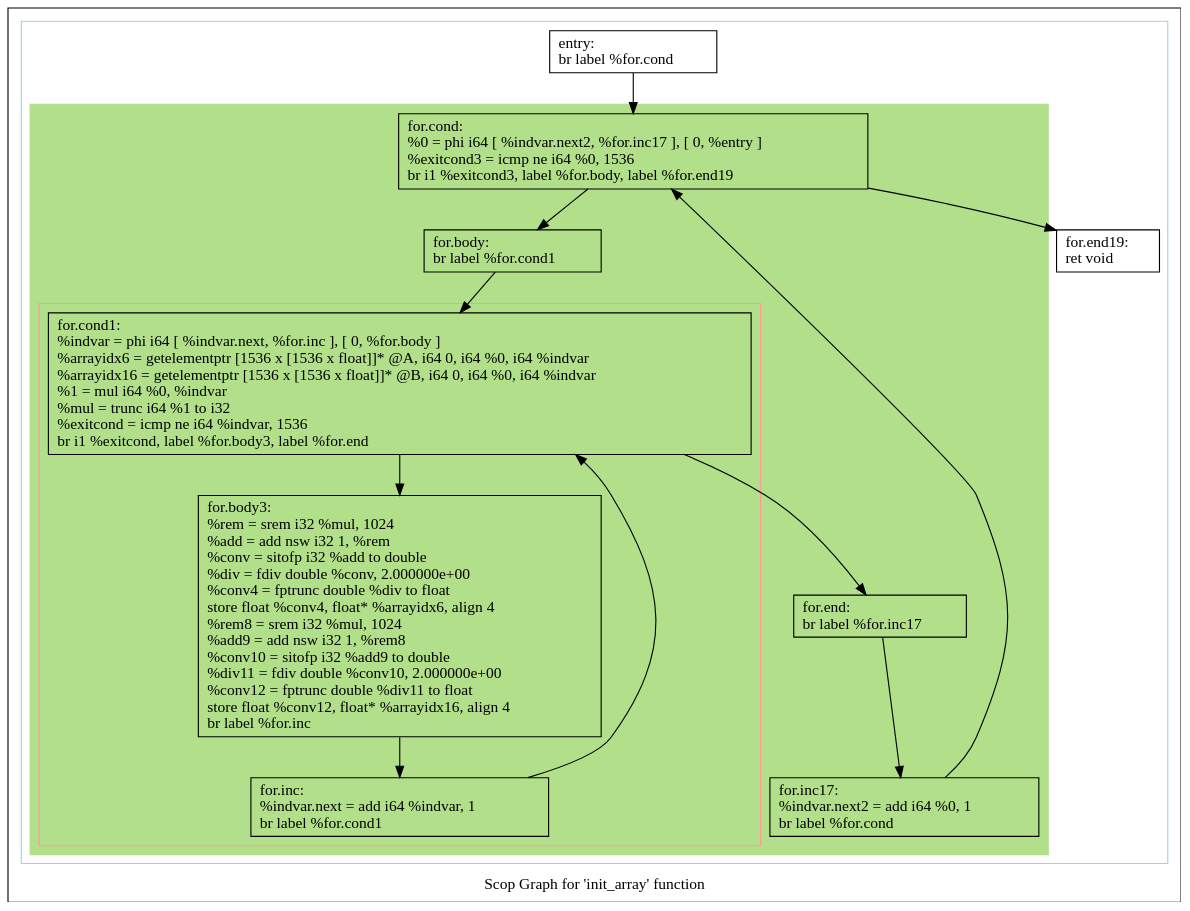
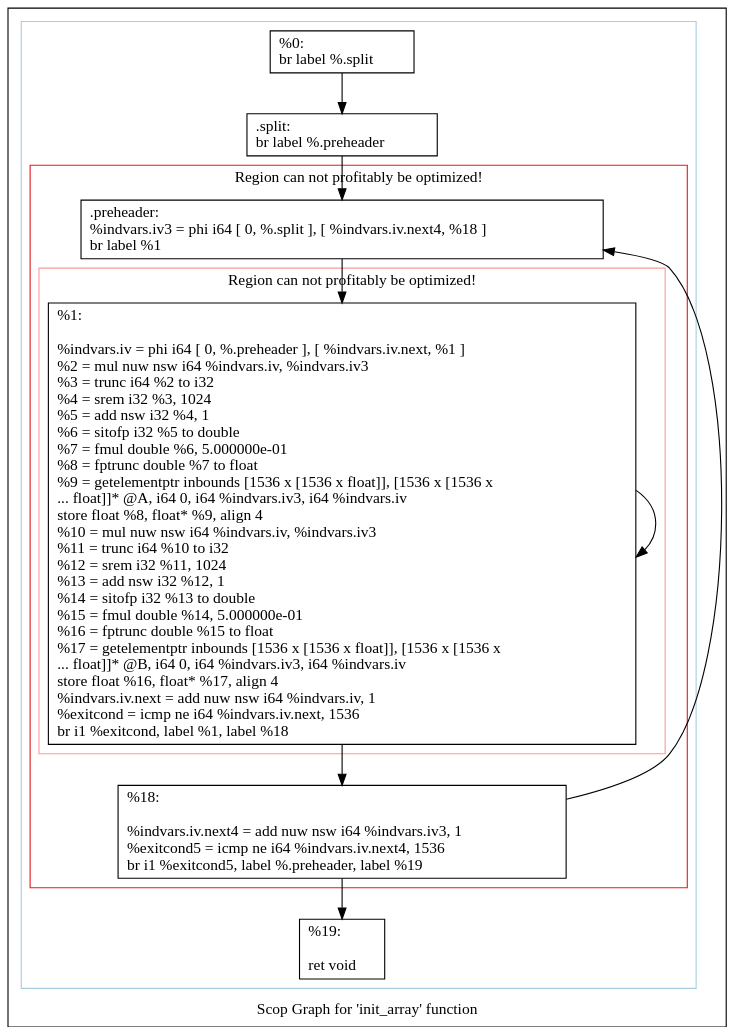
The diagram in matmul-polly/scops.init_array.dot (rogerioag/openmp-hook), drawn with Graphviz before and after one commit. The commit also changed 29 other files, not shown here.

```diff
--- a/matmul-polly/scops.init_array.dot
+++ b/matmul-polly/scops.init_array.dot
@@ -1,47 +1,39 @@
 digraph "Scop Graph for 'init_array' function" {
 	label="Scop Graph for 'init_array' function";
 
-	Node0x17d4370 [shape=record,label="{entry:\l  br label %for.cond\l}"];
-	Node0x17d4370 -> Node0x17da5d0;
-	Node0x17da5d0 [shape=record,label="{for.cond:                                         \l  %0 = phi i64 [ %indvar.next2, %for.inc17 ], [ 0, %entry ]\l  %exitcond3 = icmp ne i64 %0, 1536\l  br i1 %exitcond3, label %for.body, label %for.end19\l}"];
-	Node0x17da5d0 -> Node0x17da5f0;
-	Node0x17da5d0 -> Node0x17da650;
-	Node0x17da5f0 [shape=record,label="{for.body:                                         \l  br label %for.cond1\l}"];
-	Node0x17da5f0 -> Node0x17da900;
-	Node0x17da900 [shape=record,label="{for.cond1:                                        \l  %indvar = phi i64 [ %indvar.next, %for.inc ], [ 0, %for.body ]\l  %arrayidx6 = getelementptr [1536 x [1536 x float]]* @A, i64 0, i64 %0, i64 %indvar\l  %arrayidx16 = getelementptr [1536 x [1536 x float]]* @B, i64 0, i64 %0, i64 %indvar\l  %1 = mul i64 %0, %indvar\l  %mul = trunc i64 %1 to i32\l  %exitcond = icmp ne i64 %indvar, 1536\l  br i1 %exitcond, label %for.body3, label %for.end\l}"];
-	Node0x17da900 -> Node0x17da670;
-	Node0x17da900 -> Node0x17da9a0;
-	Node0x17da670 [shape=record,label="{for.body3:                                        \l  %rem = srem i32 %mul, 1024\l  %add = add nsw i32 1, %rem\l  %conv = sitofp i32 %add to double\l  %div = fdiv double %conv, 2.000000e+00\l  %conv4 = fptrunc double %div to float\l  store float %conv4, float* %arrayidx6, align 4\l  %rem8 = srem i32 %mul, 1024\l  %add9 = add nsw i32 1, %rem8\l  %conv10 = sitofp i32 %add9 to double\l  %div11 = fdiv double %conv10, 2.000000e+00\l  %conv12 = fptrunc double %div11 to float\l  store float %conv12, float* %arrayidx16, align 4\l  br label %for.inc\l}"];
-	Node0x17da670 -> Node0x17da8e0;
-	Node0x17da8e0 [shape=record,label="{for.inc:                                          \l  %indvar.next = add i64 %indvar, 1\l  br label %for.cond1\l}"];
-	Node0x17da8e0 -> Node0x17da900[constraint=false];
-	Node0x17da9a0 [shape=record,label="{for.end:                                          \l  br label %for.inc17\l}"];
-	Node0x17da9a0 -> Node0x17d9e70;
-	Node0x17d9e70 [shape=record,label="{for.inc17:                                        \l  %indvar.next2 = add i64 %0, 1\l  br label %for.cond\l}"];
-	Node0x17d9e70 -> Node0x17da5d0[constraint=false];
-	Node0x17da650 [shape=record,label="{for.end19:                                        \l  ret void\l}"];
+	Node0x83dea0 [shape=record,label="{%0:\l  br label %.split\l}"];
+	Node0x83dea0 -> Node0x83dcf0;
+	Node0x83dcf0 [shape=record,label="{.split:                                           \l  br label %.preheader\l}"];
+	Node0x83dcf0 -> Node0x83dc40;
+	Node0x83dc40 [shape=record,label="{.preheader:                                       \l  %indvars.iv3 = phi i64 [ 0, %.split ], [ %indvars.iv.next4, %18 ]\l  br label %1\l}"];
+	Node0x83dc40 -> Node0x83dd10;
+	Node0x83dd10 [shape=record,label="{%1:\l\l  %indvars.iv = phi i64 [ 0, %.preheader ], [ %indvars.iv.next, %1 ]\l  %2 = mul nuw nsw i64 %indvars.iv, %indvars.iv3\l  %3 = trunc i64 %2 to i32\l  %4 = srem i32 %3, 1024\l  %5 = add nsw i32 %4, 1\l  %6 = sitofp i32 %5 to double\l  %7 = fmul double %6, 5.000000e-01\l  %8 = fptrunc double %7 to float\l  %9 = getelementptr inbounds [1536 x [1536 x float]], [1536 x [1536 x\l... float]]* @A, i64 0, i64 %indvars.iv3, i64 %indvars.iv\l  store float %8, float* %9, align 4\l  %10 = mul nuw nsw i64 %indvars.iv, %indvars.iv3\l  %11 = trunc i64 %10 to i32\l  %12 = srem i32 %11, 1024\l  %13 = add nsw i32 %12, 1\l  %14 = sitofp i32 %13 to double\l  %15 = fmul double %14, 5.000000e-01\l  %16 = fptrunc double %15 to float\l  %17 = getelementptr inbounds [1536 x [1536 x float]], [1536 x [1536 x\l... float]]* @B, i64 0, i64 %indvars.iv3, i64 %indvars.iv\l  store float %16, float* %17, align 4\l  %indvars.iv.next = add nuw nsw i64 %indvars.iv, 1\l  %exitcond = icmp ne i64 %indvars.iv.next, 1536\l  br i1 %exitcond, label %1, label %18\l}"];
+	Node0x83dd10 -> Node0x83dd10[constraint=false];
+	Node0x83dd10 -> Node0x833800;
+	Node0x833800 [shape=record,label="{%18:\l\l  %indvars.iv.next4 = add nuw nsw i64 %indvars.iv3, 1\l  %exitcond5 = icmp ne i64 %indvars.iv.next4, 1536\l  br i1 %exitcond5, label %.preheader, label %19\l}"];
+	Node0x833800 -> Node0x83dc40[constraint=false];
+	Node0x833800 -> Node0x834080;
+	Node0x834080 [shape=record,label="{%19:\l\l  ret void\l}"];
 	colorscheme = "paired12"
-        subgraph cluster_0x17d3a30 {
+        subgraph cluster_0x833560 {
           label = "";
           style = solid;
           color = 1
-          subgraph cluster_0x17d4ec0 {
-            label = "";
-            style = filled;
-            color = 3            subgraph cluster_0x17d4180 {
-              label = "";
+          subgraph cluster_0x8340d0 {
+            label = "Region can not profitably be optimized!";
+            style = solid;
+            color = 6
+            subgraph cluster_0x833830 {
+              label = "Region can not profitably be optimized!";
               style = solid;
               color = 5
-              Node0x17da900;
-              Node0x17da670;
-              Node0x17da8e0;
+              Node0x83dd10;
             }
-            Node0x17da5d0;
-            Node0x17da5f0;
-            Node0x17da9a0;
-            Node0x17d9e70;
+            Node0x83dc40;
+            Node0x833800;
           }
-          Node0x17d4370;
-          Node0x17da650;
+          Node0x83dea0;
+          Node0x83dcf0;
+          Node0x834080;
         }
 }
```
